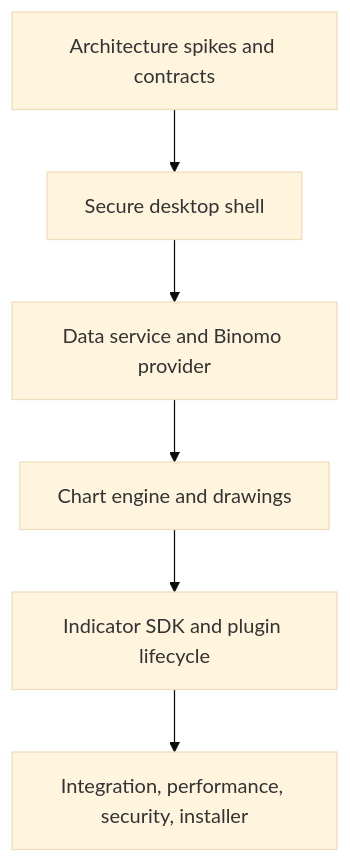
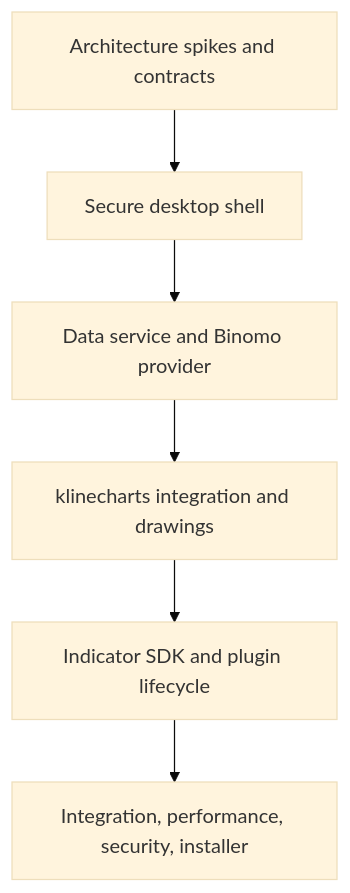
The fifth of 5 diagrams in docs/architecture/v1/ERC-chart-Architecture-Specification-v1.md (EmpRider/ERC-Chart-Desktop-App), drawn with Mermaid (base theme) before and after one commit. The commit also changed other lines of this file and 23 other files, not shown here.

Commit message:
ECDD-109: prepare v0.2.3 klinecharts architecture release

````diff
--- a/docs/architecture/v1/ERC-chart-Architecture-Specification-v1.md
+++ b/docs/architecture/v1/ERC-chart-Architecture-Specification-v1.md
@@ -913,8 +904,8 @@
 ```mermaid
 flowchart TD
     A["Architecture spikes and contracts"] --> B["Secure desktop shell"]
     B --> C["Data service and Binomo provider"]
-    C --> D["Chart engine and drawings"]
+    C --> D["klinecharts integration and drawings"]
     D --> E["Indicator SDK and plugin lifecycle"]
     E --> F["Integration, performance, security, installer"]
 ```
````
